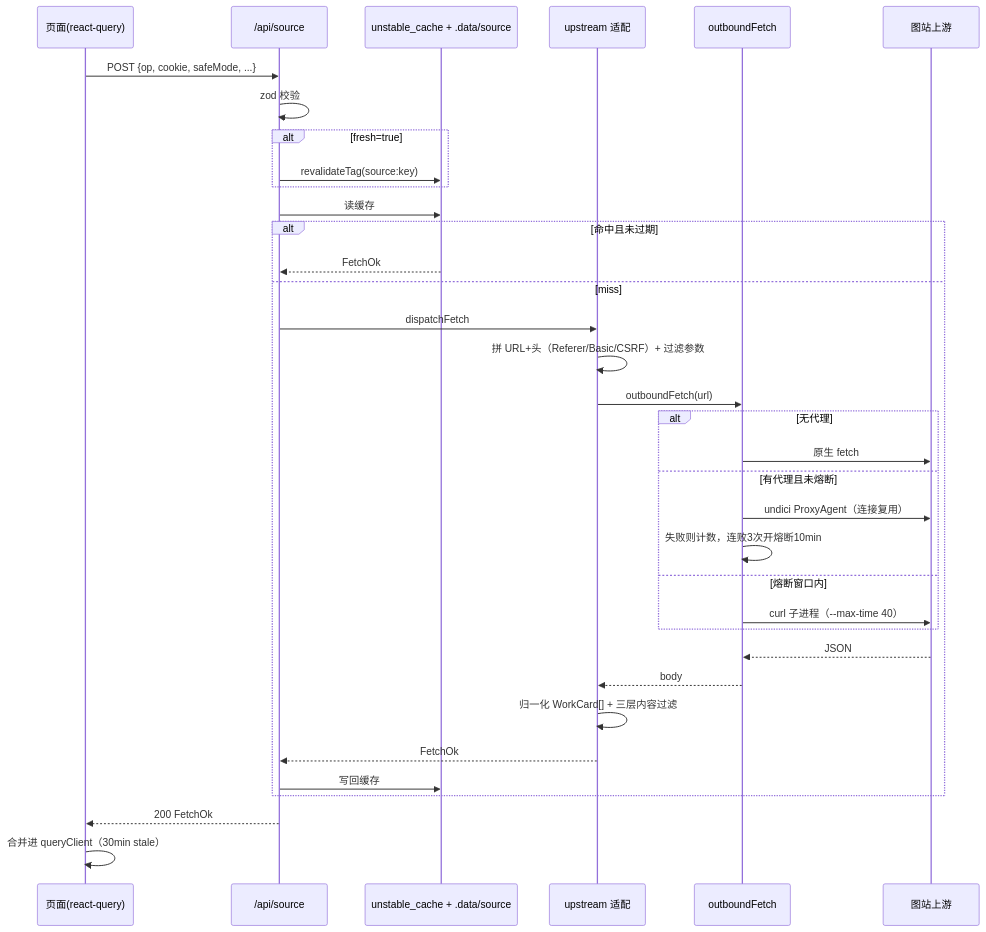
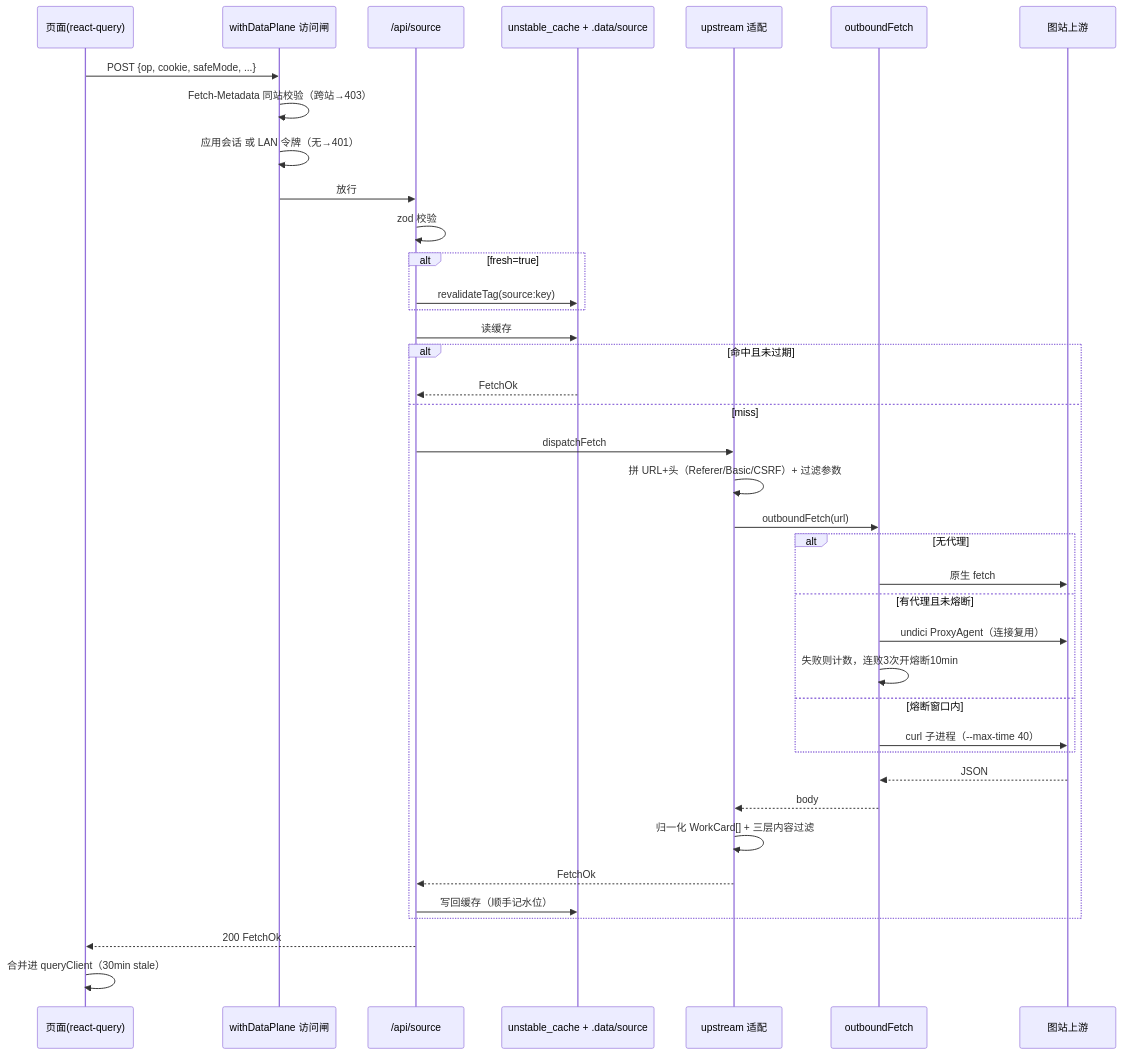
One commit to Atsukiizumi/Kami-paperbox changed the first of 4 diagrams in docs/diagrams/时序图.md. Above: the diagram before and after it, drawn with Mermaid. The commit also changed other lines of this file and 178 other files, not shown here.

Commit message:
docs: 2026-09-11 全量复核回写 docs/00-17 + diagrams（TD 清单、安全、性能、路线口径统一）

````diff
--- a/docs/diagrams/时序图.md
+++ b/docs/diagrams/时序图.md
@@ -7,38 +7,42 @@
 ```mermaid
 sequenceDiagram
     participant P as 页面(react-query)
+    participant G as withDataPlane 访问闸
     participant A as /api/source
     participant C as unstable_cache + .data/source
     participant U as upstream 适配
     participant O as outboundFetch
     participant X as 图站上游
 
-    P->>A: POST {op, cookie, safeMode, ...}
+    P->>G: POST {op, cookie, safeMode, ...}
+    G->>G: Fetch-Metadata 同站校验（跨站→403）
+    G->>G: 应用会话 或 LAN 令牌（无→401）
+    G->>A: 放行
     A->>A: zod 校验
     alt fresh=true
         A->>C: revalidateTag(source:key)
     end
     A->>C: 读缓存
     alt 命中且未过期
         C-->>A: FetchOk
     else miss
         A->>U: dispatchFetch
         U->>U: 拼 URL+头（Referer/Basic/CSRF）+ 过滤参数
         U->>O: outboundFetch(url)
         alt 无代理
             O->>X: 原生 fetch
         else 有代理且未熔断
             O->>X: undici ProxyAgent（连接复用）
             O->>O: 失败则计数，连败3次开熔断10min
         else 熔断窗口内
             O->>X: curl 子进程（--max-time 40）
         end
         X-->>O: JSON
         O-->>U: body
         U->>U: 归一化 WorkCard[] + 三层内容过滤
         U-->>A: FetchOk
-        A->>C: 写回缓存
+        A->>C: 写回缓存（顺手记水位）
     end
     A-->>P: 200 FetchOk
     P->>P: 合并进 queryClient（30min stale）
 ```
````
